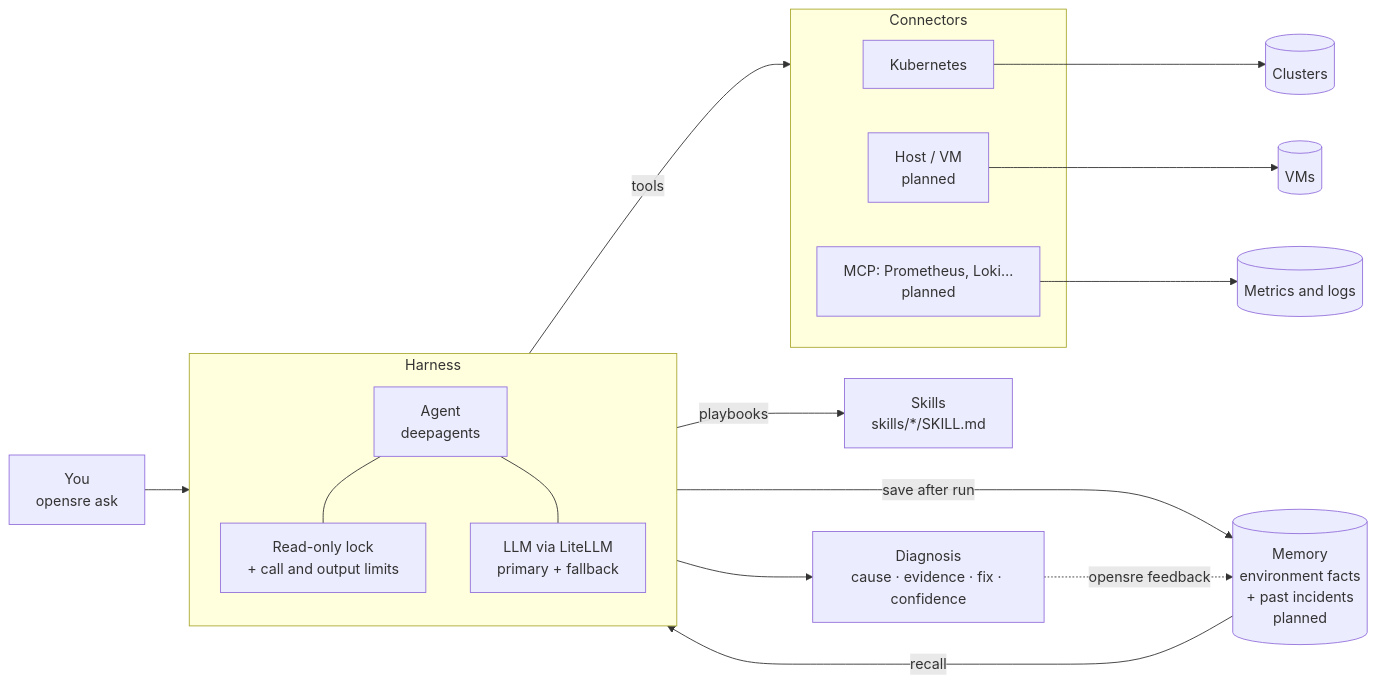
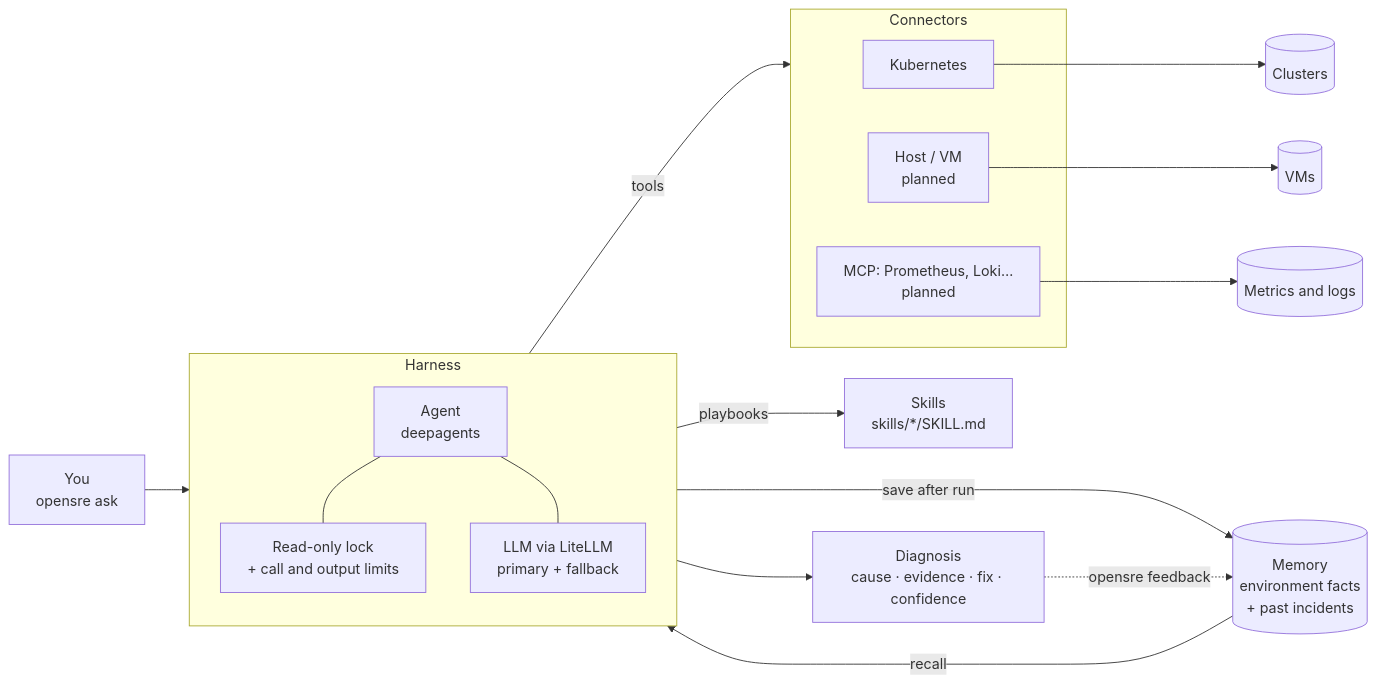
One commit to DevloperAmanSingh/sre-agent changed the diagram in README.md. Above: the diagram before and after it, drawn with Mermaid. The commit also changed other lines of this file, not shown here.

Commit message:
docs(readme): document environment facts and incident memory

````diff
--- a/README.md
+++ b/README.md
@@ -21,30 +21,30 @@
 ```mermaid
 flowchart LR
     U[You<br/>opensre ask] --> H
 
     subgraph H[Harness]
         A[Agent<br/>deepagents]
         L[Read-only lock<br/>+ call and output limits]
         M[LLM via LiteLLM<br/>primary + fallback]
         A --- L
         A --- M
     end
 
     H -->|tools| C
     H -->|playbooks| S[Skills<br/>skills/*/SKILL.md]
-    MEM[(Memory<br/>environment facts<br/>+ past incidents<br/>planned)] -->|recall| H
+    MEM[(Memory<br/>environment facts<br/>+ past incidents)] -->|recall| H
     H -->|save after run| MEM
 
     subgraph C[Connectors]
         K[Kubernetes]
         V[Host / VM<br/>planned]
         P[MCP: Prometheus, Loki…<br/>planned]
     end
 
     K --> T1[(Clusters)]
     V --> T2[(VMs)]
     P --> T3[(Metrics and logs)]
 
     H --> D[Diagnosis<br/>cause · evidence · fix · confidence]
     D -.->|opensre feedback| MEM
 ```
````
